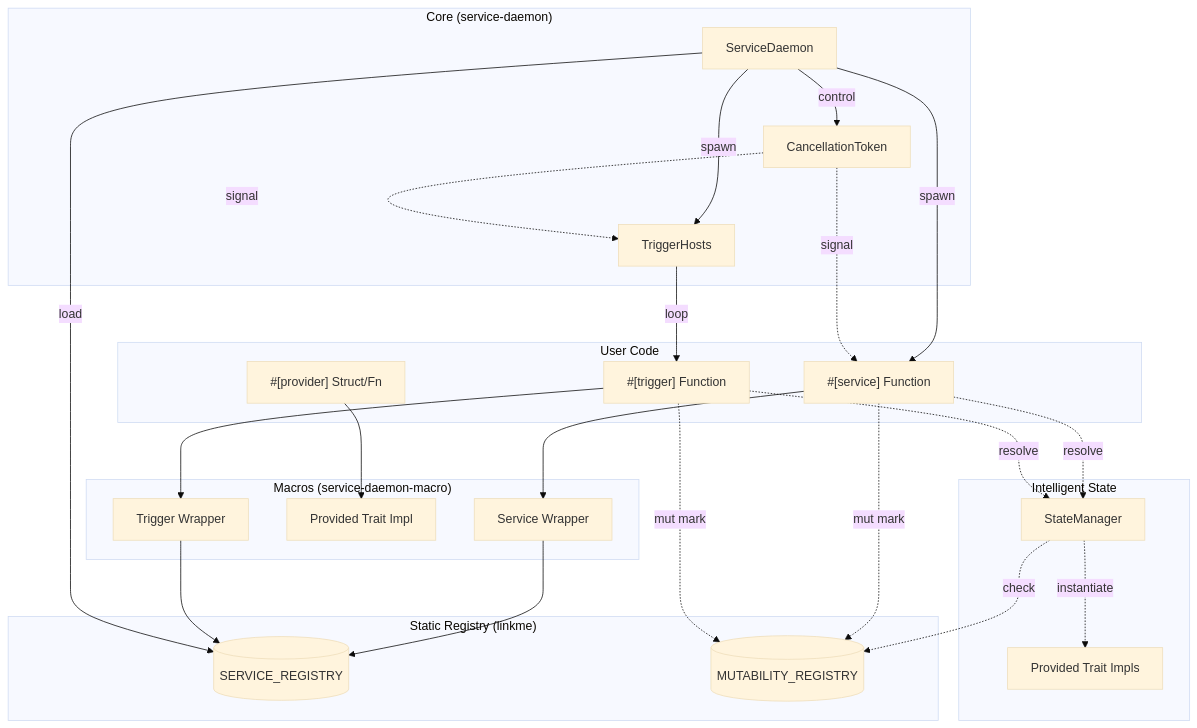
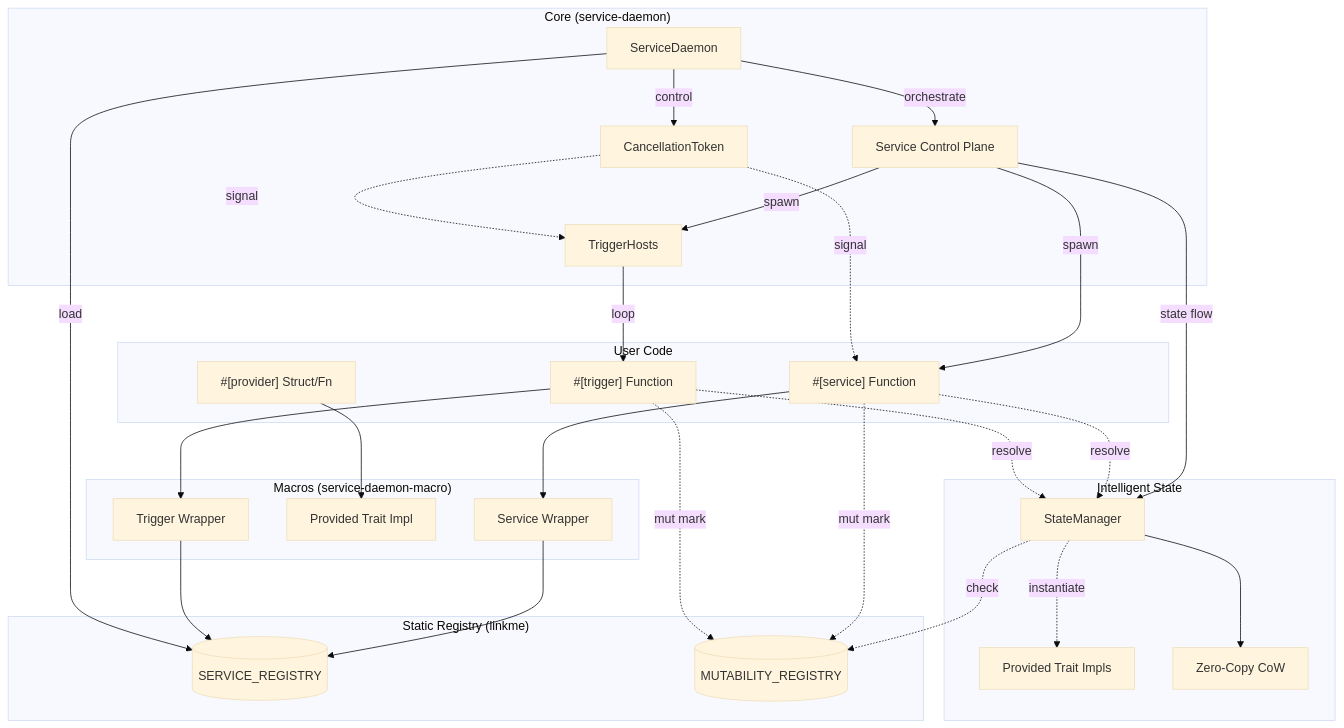
The diagram in docs/contribute/framework.md (loft-games/service-daemon-rs), drawn with Mermaid (base theme) before and after one commit. The commit also changed other lines of this file and 9 other files, not shown here.

Commit message:
feat: Implement a Service Control Plane for lifecycle orchestration and refine Zero-Copy CoW state management.

````diff
--- a/docs/contribute/framework.md
+++ b/docs/contribute/framework.md
@@ -31,56 +31,62 @@
 ```mermaid
 graph TD
     subgraph "User Code"
         S["#[service] Function"]
         P["#[provider] Struct/Fn"]
         T["#[trigger] Function"]
     end
 
     subgraph "Macros (service-daemon-macro)"
         M_S[Service Wrapper]
         M_P[Provided Trait Impl]
         M_T[Trigger Wrapper]
     end
 
     subgraph "Static Registry (linkme)"
         SR[(SERVICE_REGISTRY)]
         MR[(MUTABILITY_REGISTRY)]
     end
 
     subgraph "Core (service-daemon)"
         SD[ServiceDaemon]
         CT[CancellationToken]
         TH[TriggerHosts]
+        SCP[Service Control Plane]
     end
 
     subgraph "Intelligent State"
         SM[StateManager]
         P_Impl["Provided Trait Impls"]
+        ZC[Zero-Copy CoW]
     end
 
     S --> M_S
     P --> M_P
     T --> M_T
 
     M_S --> SR
     M_T --> SR
     
     %% Mutability detection
     S -.->|mut mark| MR
     T -.->|mut mark| MR
 
     SD -->|load| SR
     SD -->|control| CT
+    SD -->|orchestrate| SCP
     
-    SD -->|spawn| S
-    SD -->|spawn| TH
+    SCP -->|spawn| S
+    SCP -->|spawn| TH
+    SCP -->|state flow| SM
+    
     TH -->|loop| T
     
     CT -.->|signal| S
     CT -.->|signal| TH
     
     S -.->|resolve| SM
     T -.->|resolve| SM
     SM -.->|check| MR
     SM -.->|instantiate| P_Impl
+    SM --> ZC
 ```
````
